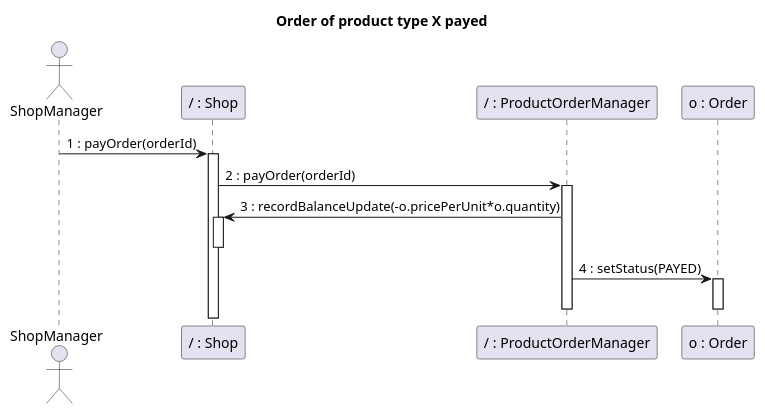
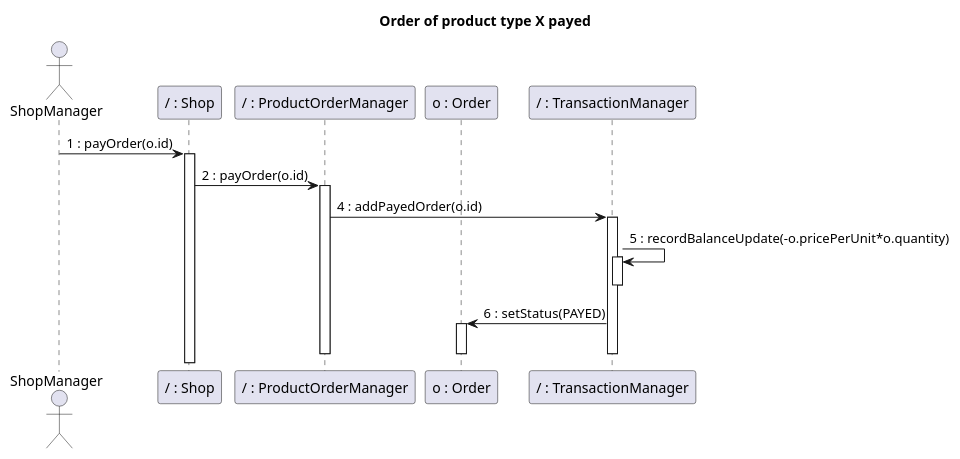
One commit to nicolabattaglino/ezshop changed the tenth of 32 diagrams in Deliverables/DesignDocument.md. Above: the diagram before and after it, drawn with PlantUML. The commit also changed other lines of this file, not shown here.

````diff
--- a/Deliverables/DesignDocument.md
+++ b/Deliverables/DesignDocument.md
@@ -616,22 +619,27 @@
 ```plantuml
 @startuml
 
 title Order of product type X payed
 actor ShopManager
 participant "/ : Shop" as Shop
 participant "/ : ProductOrderManager" as ProductOrderManager
 participant "o : Order" as Order
-ShopManager -> Shop: 1 : payOrder(orderId)
+participant "/ : TransactionManager" as TransactionManager
+ShopManager -> Shop: 1 : payOrder(o.id)
 activate Shop
-Shop -> ProductOrderManager: 2 : payOrder(orderId)
+Shop -> ProductOrderManager: 2 : payOrder(o.id)
 activate ProductOrderManager
-ProductOrderManager -> Shop: 3 : recordBalanceUpdate(-o.pricePerUnit*o.quantity)
-activate Shop
-deactivate Shop
-ProductOrderManager -> Order: 4 : setStatus(PAYED)
+ProductOrderManager -> TransactionManager: 4 : addPayedOrder(o.id)
+activate TransactionManager
+TransactionManager -> TransactionManager : 5 : recordBalanceUpdate(-o.pricePerUnit*o.quantity)
+activate TransactionManager
+deactivate TransactionManager
+
+TransactionManager -> Order: 6 : setStatus(PAYED)
 activate Order
 deactivate Order
+deactivate TransactionManager
 deactivate ProductOrderManager
 
 @enduml
 ```
````
